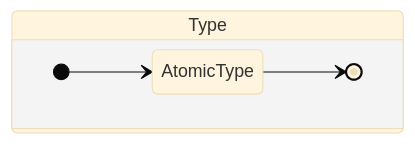
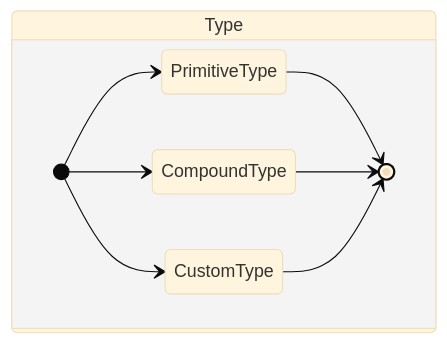
The tenth of 34 diagrams in docs/syntax/syntax.md (coszio/gucci-lang), drawn with Mermaid (base theme) before and after one commit. The commit also changed other lines of this file and 13 other files, not shown here.

````diff
--- a/docs/syntax/syntax.md
+++ b/docs/syntax/syntax.md
@@ -118,8 +118,12 @@
 ```mermaid
 stateDiagram-v2
   state Type {
     direction LR
-    [*] --> AtomicType
-    AtomicType --> [*]
+    [*] --> PrimitiveType
+    PrimitiveType --> [*]
+    [*] --> CompoundType
+    CompoundType --> [*]
+    [*] --> CustomType
+    CustomType --> [*]
   }
 ```
````
